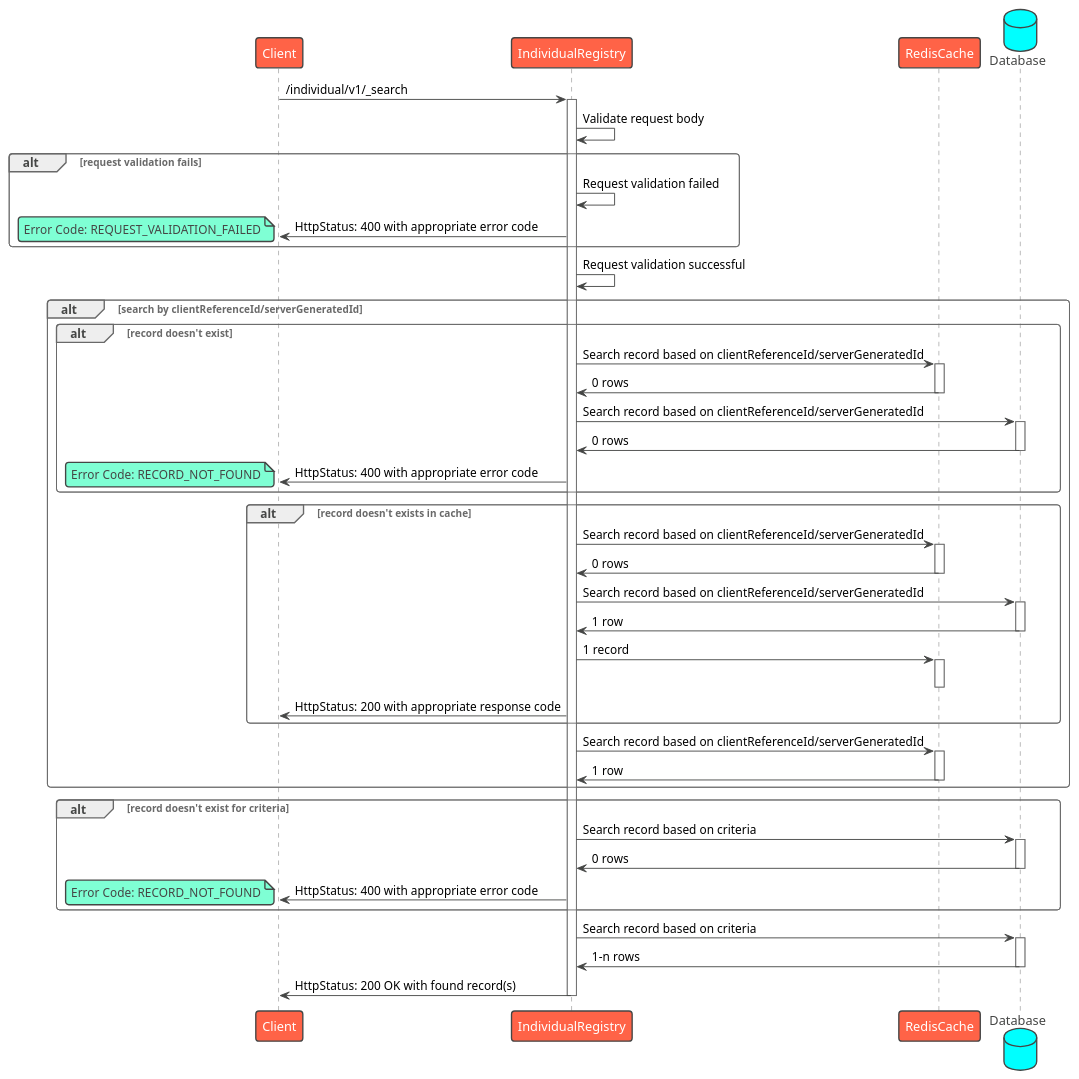
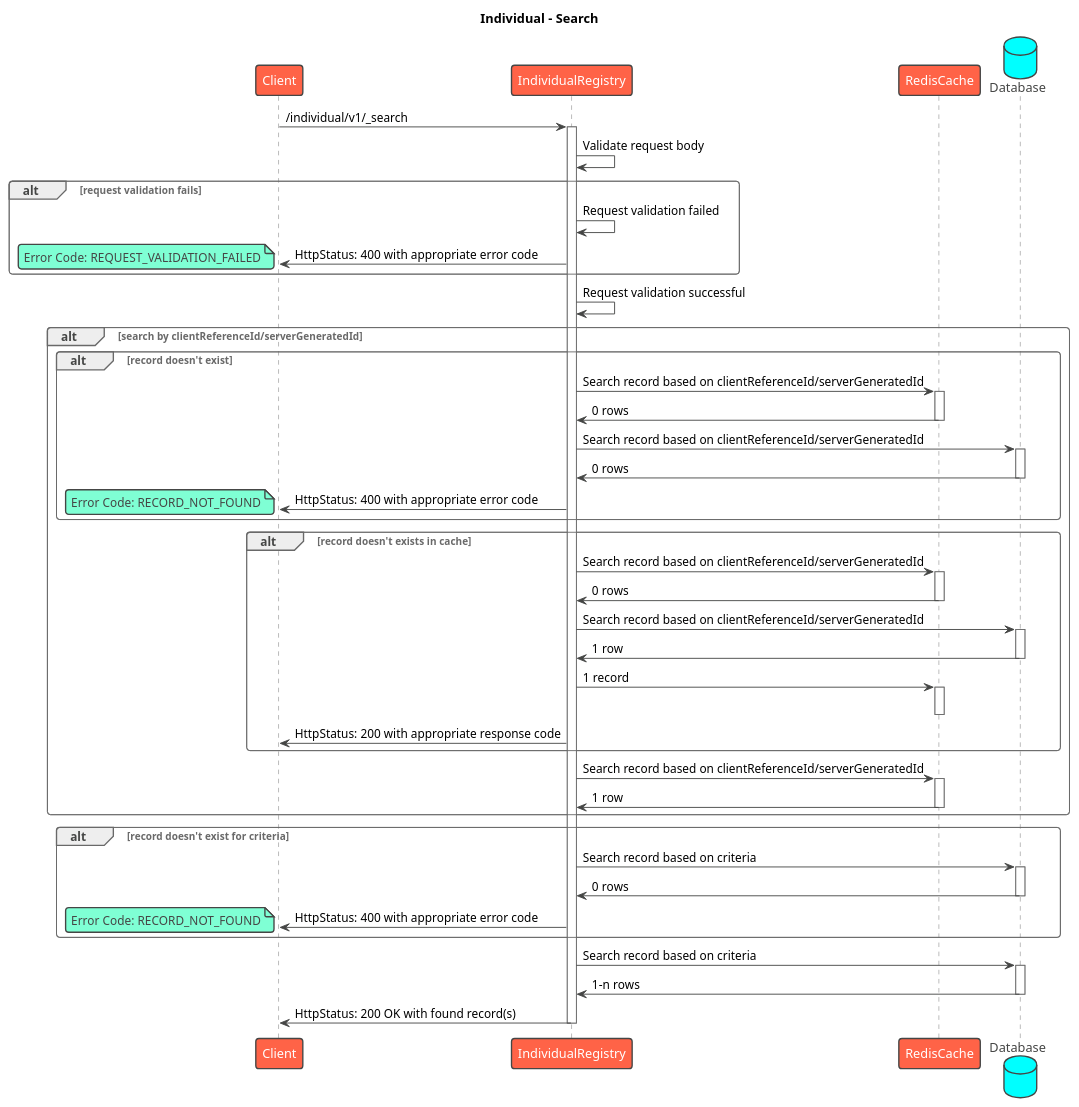
One commit to egovernments/health-api-specs changed the diagram in contracts/registries/individual/sequence/search.puml. Above: the diagram before and after it, drawn with PlantUML. The commit also changed 7 other files, not shown here.

Commit message:
Add titles to sequence diagrams

```diff
--- a/contracts/registries/individual/sequence/search.puml
+++ b/contracts/registries/individual/sequence/search.puml
@@ -1,68 +1,69 @@
-@startuml Individual Registry - Search
+@startuml
+title Individual - Search
 !theme vibrant
 participant Client as c
 participant IndividualRegistry as s
 participant RedisCache as rc
 database Database as db
 c -> s : /individual/v1/_search
 activate s
 s -> s: Validate request body
 alt request validation fails
     s -> s: Request validation failed
     s -> c: HttpStatus: 400 with appropriate error code
     note left
       Error Code: REQUEST_VALIDATION_FAILED
     end note
 end
 s -> s: Request validation successful
 alt search by clientReferenceId/serverGeneratedId
     alt record doesn't exist
         s -> rc: Search record based on clientReferenceId/serverGeneratedId
         activate rc
         rc -> s: 0 rows
         deactivate rc
         s -> db: Search record based on clientReferenceId/serverGeneratedId
         activate db
         db -> s: 0 rows
         deactivate db
         s -> c: HttpStatus: 400 with appropriate error code
         note left
           Error Code: RECORD_NOT_FOUND
         end note
     end
     alt record doesn't exists in cache
         s -> rc: Search record based on clientReferenceId/serverGeneratedId
         activate rc
         rc -> s: 0 rows
         deactivate rc
         s -> db: Search record based on clientReferenceId/serverGeneratedId
         activate db
         db -> s: 1 row
         deactivate db
         s -> rc: 1 record
         activate rc
         deactivate rc
         s -> c: HttpStatus: 200 with appropriate response code
     end
 s -> rc: Search record based on clientReferenceId/serverGeneratedId
 activate rc
 rc -> s: 1 row
 deactivate rc
 end
 alt record doesn't exist for criteria
     s -> db: Search record based on criteria
     activate db
     db -> s: 0 rows
     deactivate db
     s -> c: HttpStatus: 400 with appropriate error code
     note left
       Error Code: RECORD_NOT_FOUND
     end note
 end
 s -> db: Search record based on criteria
 activate db
 db -> s: 1-n rows
 deactivate db
 s -> c: HttpStatus: 200 OK with found record(s)
 deactivate s
 @enduml
```
